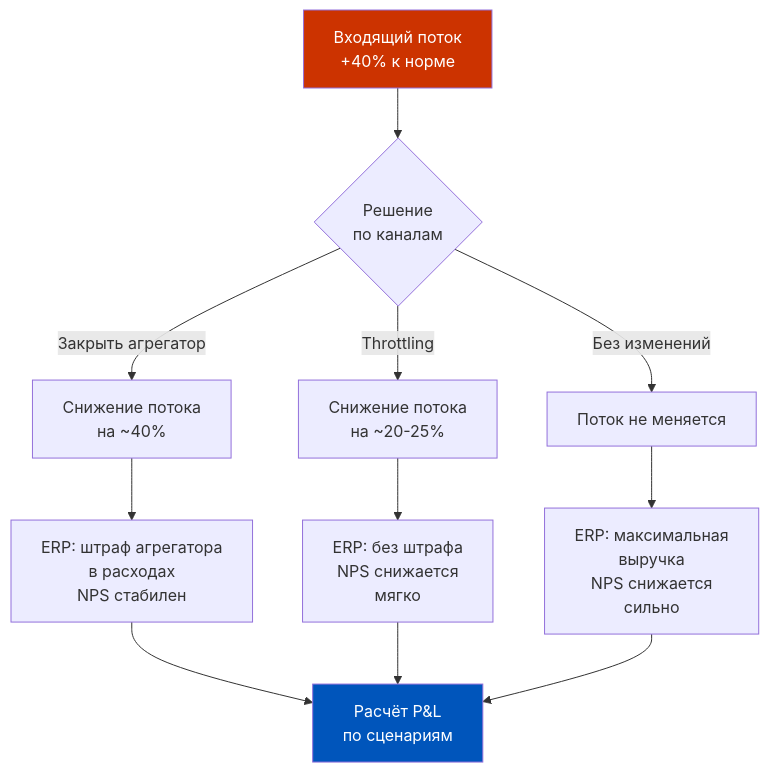
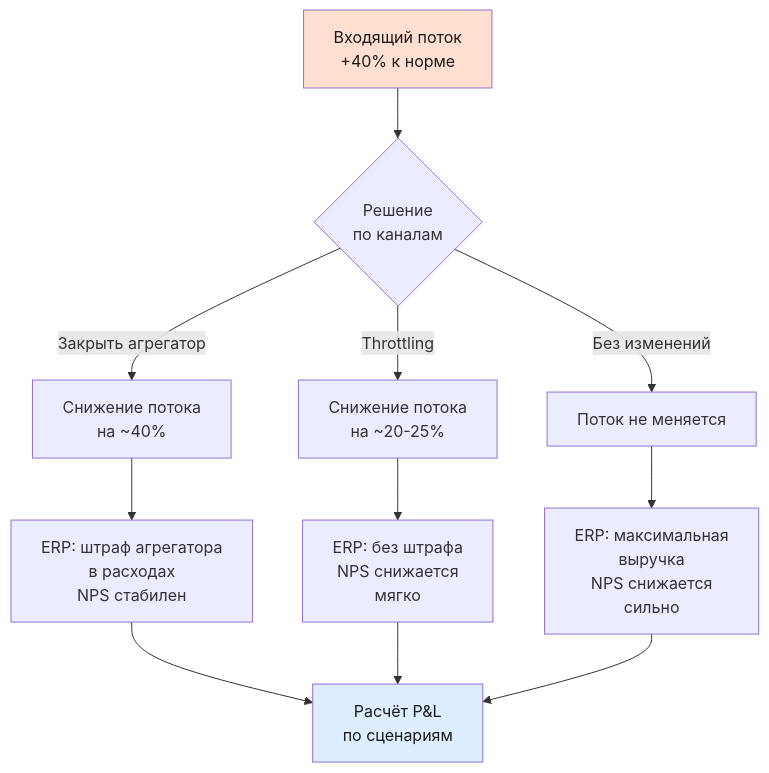
The fourth of 9 diagrams in content/1c-erp/week_7/Неделя 7 - День 6 - Практикум по цепочке доставки.md (murad1986/1c-erp-quartz), drawn with Mermaid before and after one commit. The commit also changed other lines of this file and 57 other files, not shown here.

First line of the commit message:
fix: Mermaid — пастельные цвета в источниках диаграмм (56 файлов)

````diff
--- a/content/1c-erp/week_7/Неделя 7 - День 6 - Практикум по цепочке доставки.md
+++ b/content/1c-erp/week_7/Неделя 7 - День 6 - Практикум по цепочке доставки.md
@@ -220,16 +220,16 @@
 ```mermaid
 graph TD
     A[Входящий поток<br/>+40% к норме] --> B{Решение<br/>по каналам}
     B -->|Закрыть агрегатор| C[Снижение потока<br/>на ~40%]
     B -->|Throttling| D[Снижение потока<br/>на ~20-25%]
     B -->|Без изменений| E[Поток не меняется]
     C --> C1[ERP: штраф агрегатора<br/>в расходах<br/>NPS стабилен]
     D --> D1[ERP: без штрафа<br/>NPS снижается<br/>мягко]
     E --> E1[ERP: максимальная<br/>выручка<br/>NPS снижается<br/>сильно]
     C1 --> F[Расчёт P&L<br/>по сценариям]
     D1 --> F
     E1 --> F
 
-    style A fill:#cc3300,color:#fff
-    style F fill:#0055BB,color:#fff
+    style A fill:#ffe0d0,color:#1a1a1a
+    style F fill:#dceeff,color:#1a1a1a
 ```
````
